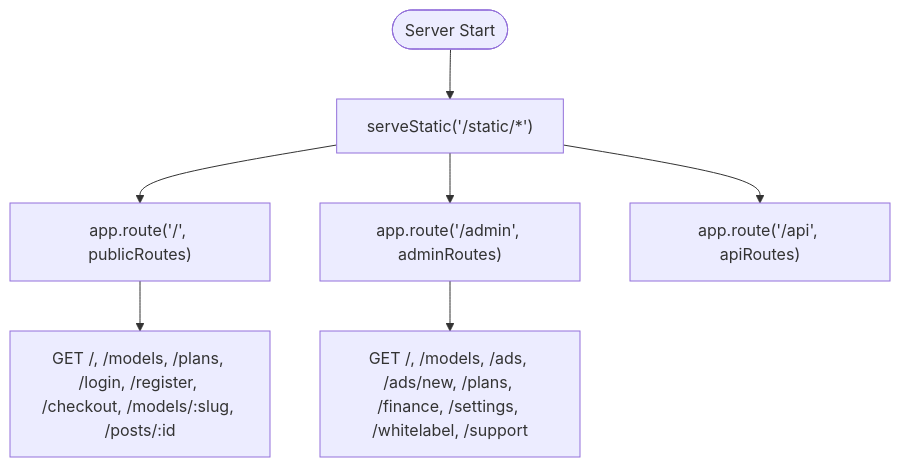
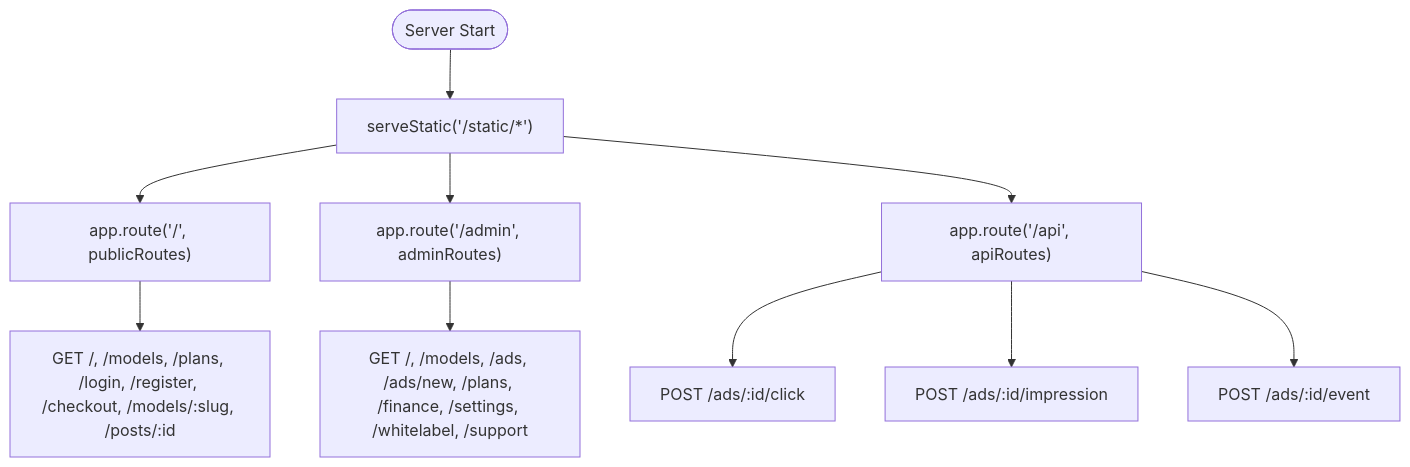
Before and after one commit to eromedrive2tb-gif/Avitrine: the sixth of 9 diagrams in .qoder/repowiki/en/content/System Architecture/Frontend Architecture.md, drawn with Mermaid. The commit also changed other lines of this file and 18 other files, not shown here.

````diff
--- a/.qoder/repowiki/en/content/System Architecture/Frontend Architecture.md
+++ b/.qoder/repowiki/en/content/System Architecture/Frontend Architecture.md
@@ -211,9 +333,12 @@
 ```mermaid
 flowchart TD
 Start(["Server Start"]) --> Static["serveStatic('/static/*')"]
 Static --> MountPublic["app.route('/', publicRoutes)"]
 Static --> MountAdmin["app.route('/admin', adminRoutes)"]
 Static --> MountAPI["app.route('/api', apiRoutes)"]
 MountPublic --> PublicGet["GET /, /models, /plans, /login, /register, /checkout, /models/:slug, /posts/:id"]
 MountAdmin --> AdminGet["GET /, /models, /ads, /ads/new, /plans, /finance, /settings, /whitelabel, /support"]
+MountAPI --> APIClick["POST /ads/:id/click"]
+MountAPI --> APIImpression["POST /ads/:id/impression"]
+MountAPI --> APIEvent["POST /ads/:id/event"]
 ```
````
